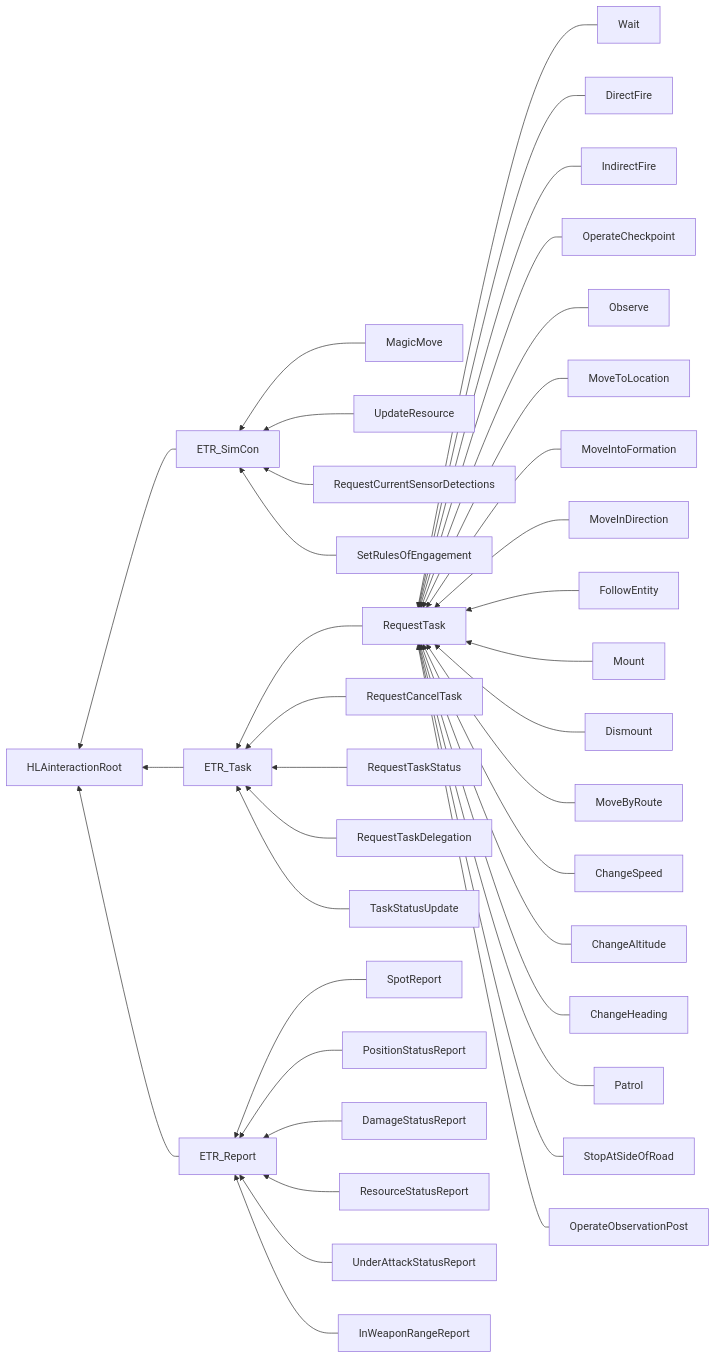
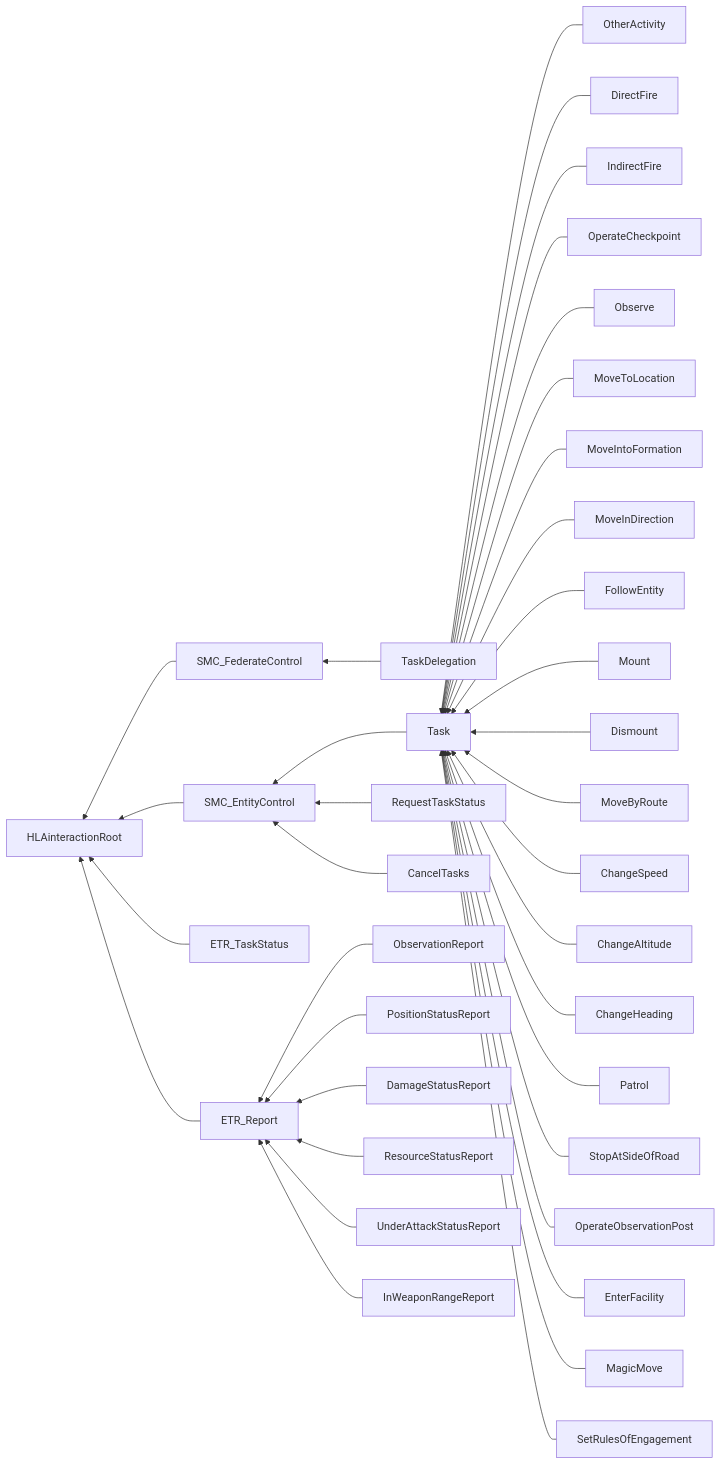
The second of 2 diagrams in NETN-ETR.md (AMSP-04/NETN-ETR), drawn with Mermaid before and after one commit. The commit also changed other lines of this file and 3 other files, not shown here.

````diff
--- a/NETN-ETR.md
+++ b/NETN-ETR.md
@@ -130,39 +98,38 @@
 ```mermaid
 graph RL
-ETR_SimCon-->HLAinteractionRoot
-ETR_Task-->HLAinteractionRoot
+SMC_FederateControl-->HLAinteractionRoot
+SMC_EntityControl-->HLAinteractionRoot
+ETR_TaskStatus-->HLAinteractionRoot
 ETR_Report-->HLAinteractionRoot
-MagicMove-->ETR_SimCon
-UpdateResource-->ETR_SimCon
-RequestCurrentSensorDetections-->ETR_SimCon
-SetRulesOfEngagement-->ETR_SimCon
-RequestTask-->ETR_Task
-RequestCancelTask-->ETR_Task
-RequestTaskStatus-->ETR_Task
-RequestTaskDelegation-->ETR_Task
-TaskStatusUpdate-->ETR_Task
-Wait-->RequestTask
-DirectFire-->RequestTask
-IndirectFire-->RequestTask
-OperateCheckpoint-->RequestTask
-Observe-->RequestTask
-MoveToLocation-->RequestTask
-MoveIntoFormation-->RequestTask
-MoveInDirection-->RequestTask
-FollowEntity-->RequestTask
-Mount-->RequestTask
-Dismount-->RequestTask
-MoveByRoute-->RequestTask
-ChangeSpeed-->RequestTask
-ChangeAltitude-->RequestTask
-ChangeHeading-->RequestTask
-Patrol-->RequestTask
-StopAtSideOfRoad-->RequestTask
-OperateObservationPost-->RequestTask
-SpotReport-->ETR_Report
+TaskDelegation-->SMC_FederateControl
+Task-->SMC_EntityControl
+RequestTaskStatus-->SMC_EntityControl
+CancelTasks-->SMC_EntityControl
+OtherActivity-->Task
+DirectFire-->Task
+IndirectFire-->Task
+OperateCheckpoint-->Task
+Observe-->Task
+MoveToLocation-->Task
+MoveIntoFormation-->Task
+MoveInDirection-->Task
+FollowEntity-->Task
+Mount-->Task
+Dismount-->Task
+MoveByRoute-->Task
+ChangeSpeed-->Task
+ChangeAltitude-->Task
+ChangeHeading-->Task
+Patrol-->Task
+StopAtSideOfRoad-->Task
+OperateObservationPost-->Task
+EnterFacility-->Task
+MagicMove-->Task
+SetRulesOfEngagement-->Task
+ObservationReport-->ETR_Report
 PositionStatusReport-->ETR_Report
 DamageStatusReport-->ETR_Report
 ResourceStatusReport-->ETR_Report
 UnderAttackStatusReport-->ETR_Report
 InWeaponRangeReport-->ETR_Report
 ```
````
